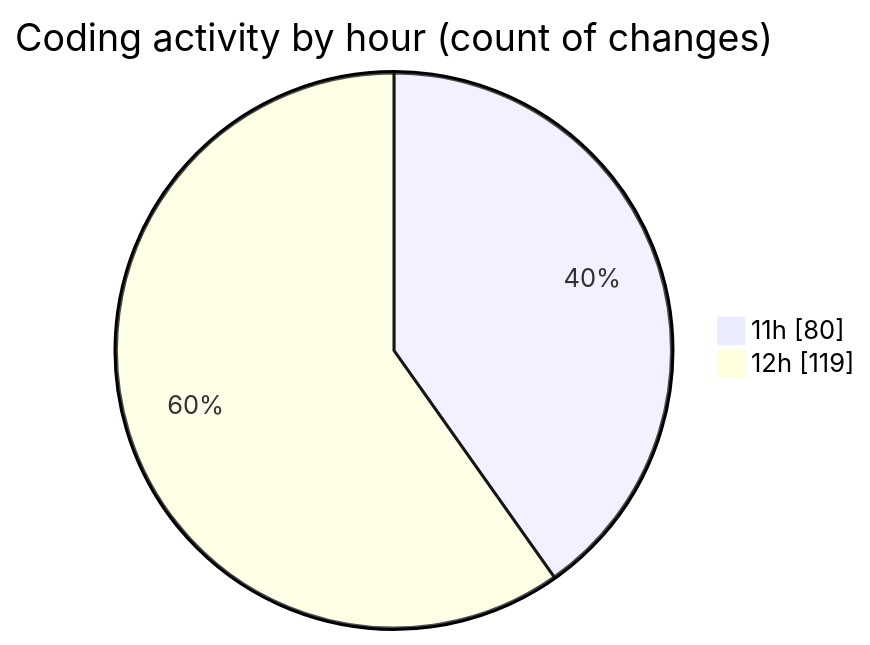
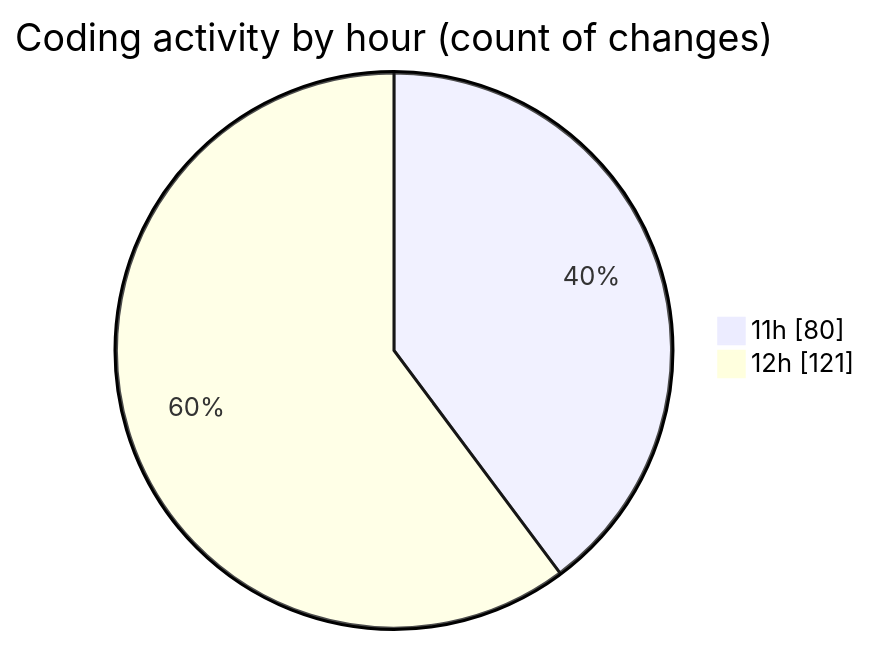
One commit to nxtqubesakshisongat/code-tracking changed the second of 2 diagrams in 2025-04-19/nxtqube_webapp/README.md. Above: the diagram before and after it, drawn with Mermaid. The commit also changed other lines of this file and 1 other file, not shown here.

````diff
--- a/2025-04-19/nxtqube_webapp/README.md
+++ b/2025-04-19/nxtqube_webapp/README.md
@@ -37,6 +37,6 @@
 ```mermaid
 pie showData
 title Coding activity by hour (count of changes)
 "11h" : 80
-"12h" : 119
+"12h" : 121
 ```
````
